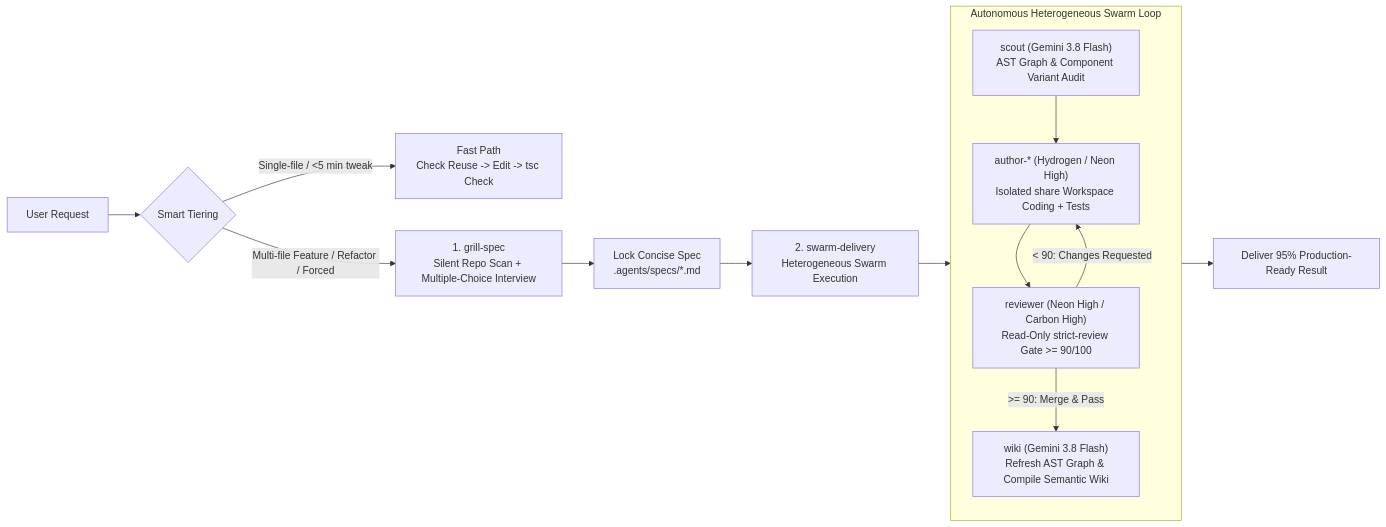
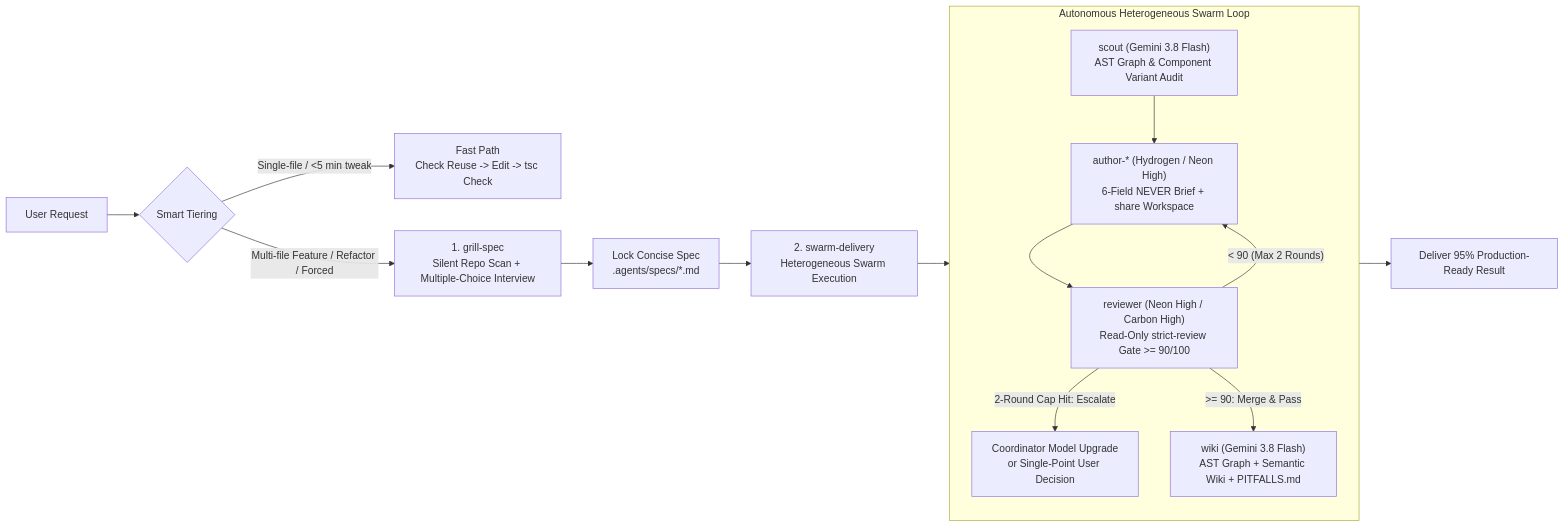
One commit to MICAHFANG/agy-swarm-forge changed the diagram in README.md. Above: the diagram before and after it, drawn with Mermaid. The commit also changed other lines of this file and 8 other files, not shown here.

Commit message:
feat: v1.1.0 — 2-round review circuit breaker, 6-field NEVER briefs, and PITFALLS memory

````diff
--- a/README.md
+++ b/README.md
@@ -27,16 +27,17 @@
 ```mermaid
 flowchart LR
   A["User Request"] --> B{"Smart Tiering"}
   B -->|"Single-file / <5 min tweak"| C["Fast Path\nCheck Reuse -> Edit -> tsc Check"]
   B -->|"Multi-file Feature / Refactor / Forced"| D["1. grill-spec\nSilent Repo Scan + Multiple-Choice Interview"]
   D --> E["Lock Concise Spec\n.agents/specs/*.md"]
   E --> F["2. swarm-delivery\nHeterogeneous Swarm Execution"]
   subgraph Swarm["Autonomous Heterogeneous Swarm Loop"]
-    S1["scout (Gemini 3.8 Flash)\nAST Graph & Component Variant Audit"] --> S2["author-* (Hydrogen / Neon High)\nIsolated share Workspace Coding + Tests"]
+    S1["scout (Gemini 3.8 Flash)\nAST Graph & Component Variant Audit"] --> S2["author-* (Hydrogen / Neon High)\n6-Field NEVER Brief + share Workspace"]
     S2 --> S3["reviewer (Neon High / Carbon High)\nRead-Only strict-review Gate >= 90/100"]
-    S3 -->|"< 90: Changes Requested"| S2
-    S3 -->|">= 90: Merge & Pass"| S4["wiki (Gemini 3.8 Flash)\nRefresh AST Graph & Compile Semantic Wiki"]
+    S3 -->|"< 90 (Max 2 Rounds)"| S2
+    S3 -->|"2-Round Cap Hit: Escalate"| H["Coordinator Model Upgrade\nor Single-Point User Decision"]
+    S3 -->|">= 90: Merge & Pass"| S4["wiki (Gemini 3.8 Flash)\nAST Graph + Semantic Wiki + PITFALLS.md"]
   end
   F --> Swarm
   Swarm --> G["Deliver 95% Production-Ready Result"]
 ```
````
